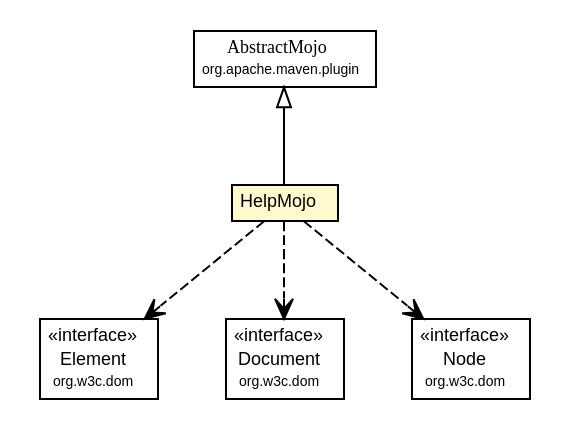
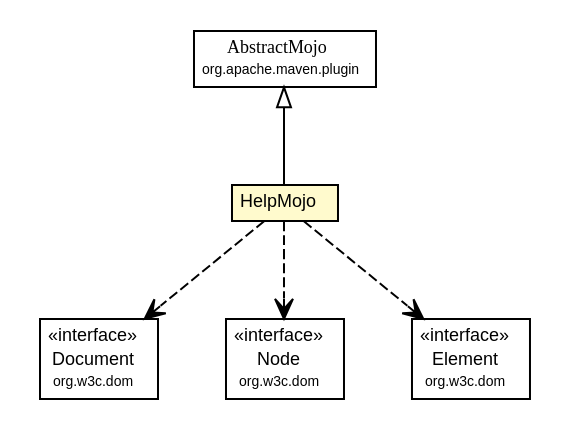
The diagram in 1.2.0-SNAPSHOT/apidocs/org/scoverage/plugin/HelpMojo.dot (scoverage/scoverage-maven-plugin), drawn with Graphviz before and after one commit. The commit also changed 46 other files, not shown here.

```diff
--- a/1.2.0-SNAPSHOT/apidocs/org/scoverage/plugin/HelpMojo.dot
+++ b/1.2.0-SNAPSHOT/apidocs/org/scoverage/plugin/HelpMojo.dot
@@ -1,57 +1,57 @@
 #!/usr/local/bin/dot
 #
 # Class diagram 
 # Generated by UMLGraph version R5_6-24-gf6e263 (http://www.umlgraph.org/)
 #
 
 digraph G {
 	edge [fontname="arial",fontsize=10,labelfontname="arial",labelfontsize=10];
 	node [fontname="arial",fontsize=10,shape=plaintext];
 	nodesep=0.25;
 	ranksep=0.5;
 	// org.scoverage.plugin.HelpMojo
 	c19 [label=<<table title="org.scoverage.plugin.HelpMojo" border="0" cellborder="1" cellspacing="0" cellpadding="2" port="p" bgcolor="lemonChiffon" href="./HelpMojo.html">
 		<tr><td><table border="0" cellspacing="0" cellpadding="1">
 <tr><td align="center" balign="center"> HelpMojo </td></tr>
 		</table></td></tr>
 		</table>>, URL="./HelpMojo.html", fontname="arial", fontcolor="black", fontsize=9.0];
 	//org.scoverage.plugin.HelpMojo extends org.apache.maven.plugin.AbstractMojo
 	c56:p -> c19:p [dir=back,arrowtail=empty];
+	// org.scoverage.plugin.HelpMojo DEPEND org.w3c.dom.Document
+	c19:p -> c57:p [taillabel="", label="", headlabel="", fontname="arial", fontcolor="black", fontsize=10.0, color="black", arrowhead=open, style=dashed];
+	// org.scoverage.plugin.HelpMojo DEPEND org.w3c.dom.Node
+	c19:p -> c59:p [taillabel="", label="", headlabel="", fontname="arial", fontcolor="black", fontsize=10.0, color="black", arrowhead=open, style=dashed];
 	// org.scoverage.plugin.HelpMojo DEPEND org.w3c.dom.Element
-	c19:p -> c57:p [taillabel="", label="", headlabel="", fontname="arial", fontcolor="black", fontsize=10.0, color="black", arrowhead=open, style=dashed];
-	// org.scoverage.plugin.HelpMojo DEPEND org.w3c.dom.Document
-	c19:p -> c58:p [taillabel="", label="", headlabel="", fontname="arial", fontcolor="black", fontsize=10.0, color="black", arrowhead=open, style=dashed];
-	// org.scoverage.plugin.HelpMojo DEPEND org.w3c.dom.Node
 	c19:p -> c60:p [taillabel="", label="", headlabel="", fontname="arial", fontcolor="black", fontsize=10.0, color="black", arrowhead=open, style=dashed];
 	// org.w3c.dom.Element
-	c57 [label=<<table title="org.w3c.dom.Element" border="0" cellborder="1" cellspacing="0" cellpadding="2" port="p" href="http://docs.oracle.com/javase/1.6.0/docs/api/org/w3c/dom/Element.html">
+	c60 [label=<<table title="org.w3c.dom.Element" border="0" cellborder="1" cellspacing="0" cellpadding="2" port="p" href="http://docs.oracle.com/javase/1.6.0/docs/api/org/w3c/dom/Element.html">
 		<tr><td><table border="0" cellspacing="0" cellpadding="1">
 <tr><td align="center" balign="center"> &#171;interface&#187; </td></tr>
 <tr><td align="center" balign="center"> Element </td></tr>
 <tr><td align="center" balign="center"><font point-size="7.0"> org.w3c.dom </font></td></tr>
 		</table></td></tr>
 		</table>>, URL="http://docs.oracle.com/javase/1.6.0/docs/api/org/w3c/dom/Element.html", fontname="arial", fontcolor="black", fontsize=9.0];
 	// org.w3c.dom.Document
-	c58 [label=<<table title="org.w3c.dom.Document" border="0" cellborder="1" cellspacing="0" cellpadding="2" port="p" href="http://docs.oracle.com/javase/1.6.0/docs/api/org/w3c/dom/Document.html">
+	c57 [label=<<table title="org.w3c.dom.Document" border="0" cellborder="1" cellspacing="0" cellpadding="2" port="p" href="http://docs.oracle.com/javase/1.6.0/docs/api/org/w3c/dom/Document.html">
 		<tr><td><table border="0" cellspacing="0" cellpadding="1">
 <tr><td align="center" balign="center"> &#171;interface&#187; </td></tr>
 <tr><td align="center" balign="center"> Document </td></tr>
 <tr><td align="center" balign="center"><font point-size="7.0"> org.w3c.dom </font></td></tr>
 		</table></td></tr>
 		</table>>, URL="http://docs.oracle.com/javase/1.6.0/docs/api/org/w3c/dom/Document.html", fontname="arial", fontcolor="black", fontsize=9.0];
 	// org.w3c.dom.Node
-	c60 [label=<<table title="org.w3c.dom.Node" border="0" cellborder="1" cellspacing="0" cellpadding="2" port="p" href="http://docs.oracle.com/javase/1.6.0/docs/api/org/w3c/dom/Node.html">
+	c59 [label=<<table title="org.w3c.dom.Node" border="0" cellborder="1" cellspacing="0" cellpadding="2" port="p" href="http://docs.oracle.com/javase/1.6.0/docs/api/org/w3c/dom/Node.html">
 		<tr><td><table border="0" cellspacing="0" cellpadding="1">
 <tr><td align="center" balign="center"> &#171;interface&#187; </td></tr>
 <tr><td align="center" balign="center"> Node </td></tr>
 <tr><td align="center" balign="center"><font point-size="7.0"> org.w3c.dom </font></td></tr>
 		</table></td></tr>
 		</table>>, URL="http://docs.oracle.com/javase/1.6.0/docs/api/org/w3c/dom/Node.html", fontname="arial", fontcolor="black", fontsize=9.0];
 	// org.apache.maven.plugin.AbstractMojo
 	c56 [label=<<table title="org.apache.maven.plugin.AbstractMojo" border="0" cellborder="1" cellspacing="0" cellpadding="2" port="p" href="http://maven.apache.org/ref/2.2.1/maven-plugin-api/apidocs/org/apache/maven/plugin/AbstractMojo.html">
 		<tr><td><table border="0" cellspacing="0" cellpadding="1">
 <tr><td align="center" balign="center"><font face="arial italic"> AbstractMojo </font></td></tr>
 <tr><td align="center" balign="center"><font point-size="7.0"> org.apache.maven.plugin </font></td></tr>
 		</table></td></tr>
 		</table>>, URL="http://maven.apache.org/ref/2.2.1/maven-plugin-api/apidocs/org/apache/maven/plugin/AbstractMojo.html", fontname="arial", fontcolor="black", fontsize=9.0];
 }
```
